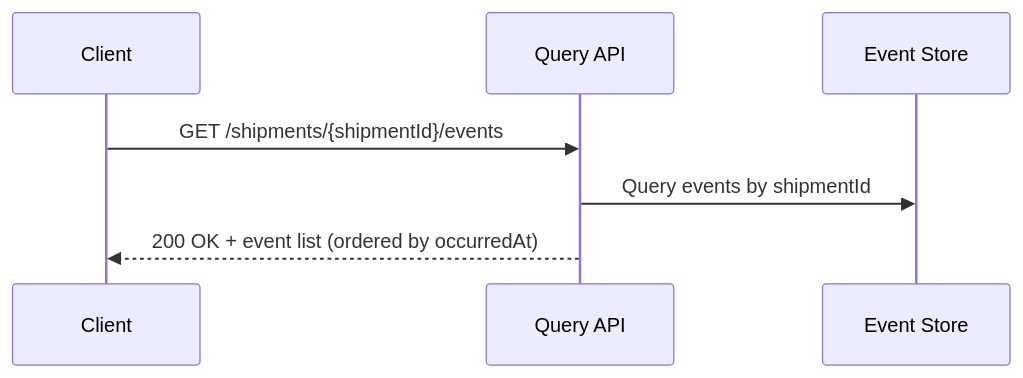
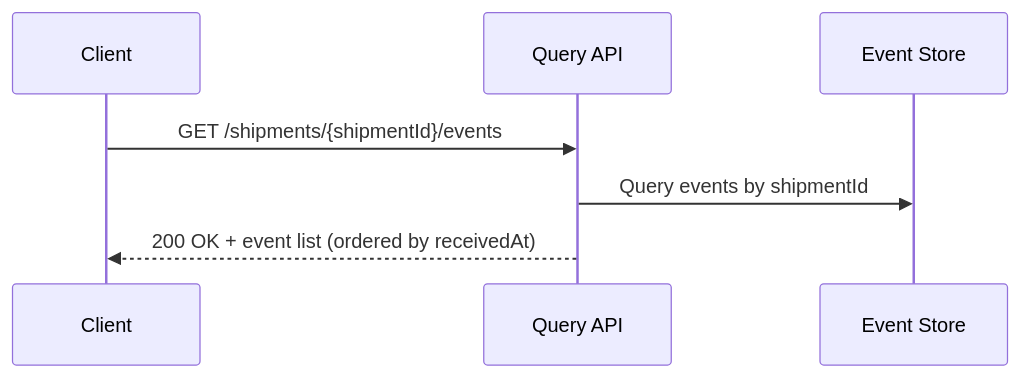
Before and after one commit to JanVDL1975/accso-tech-assessment: the fifth of 6 diagrams in docs/SEQUENCE_DIAGRAM.md, drawn with Mermaid. The commit also changed other lines of this file and 14 other files, not shown here.

````diff
--- a/docs/SEQUENCE_DIAGRAM.md
+++ b/docs/SEQUENCE_DIAGRAM.md
@@ -111,10 +111,10 @@
 ```mermaid
 sequenceDiagram
     participant Cl as Client
     participant QA as Query API
     participant ES as Event Store
 
     Cl->>QA: GET /shipments/{shipmentId}/events
     QA->>ES: Query events by shipmentId
-    QA-->>Cl: 200 OK + event list (ordered by occurredAt)
+    QA-->>Cl: 200 OK + event list (ordered by receivedAt)
 ```
````
